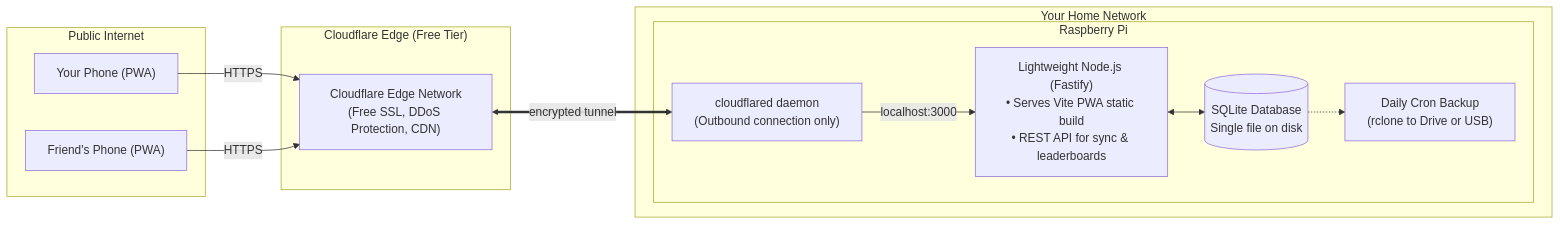
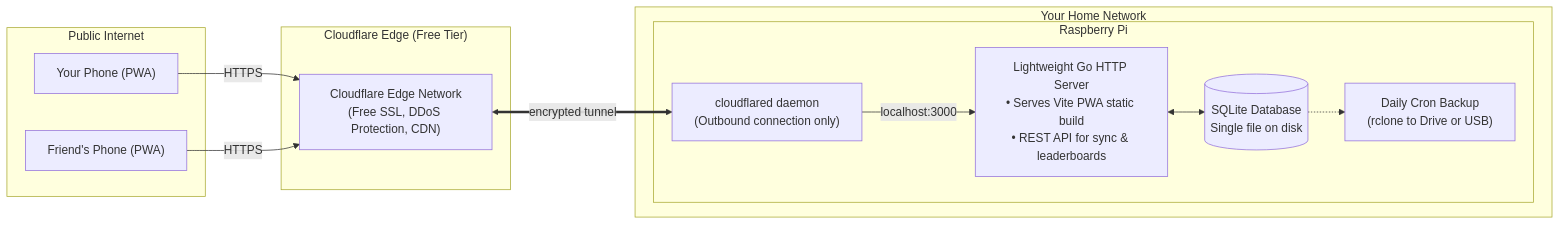
Before and after one commit to yavidor/health-app: the diagram in docs/clankers/raspberry-pi-hosting.md, drawn with Mermaid. The commit also changed other lines of this file and 5 other files, not shown here.

````diff
--- a/docs/clankers/raspberry-pi-hosting.md
+++ b/docs/clankers/raspberry-pi-hosting.md
@@ -9,27 +9,27 @@
 ```mermaid
 flowchart LR
     subgraph Internet ["Public Internet"]
         Phone1["Your Phone (PWA)"]
         Phone2["Friend's Phone (PWA)"]
     end
 
     subgraph Cloudflare ["Cloudflare Edge (Free Tier)"]
         Edge["Cloudflare Edge Network\n(Free SSL, DDoS Protection, CDN)"]
     end
 
     subgraph Home ["Your Home Network"]
         subgraph RPi ["Raspberry Pi"]
             CFD["cloudflared daemon\n(Outbound connection only)"]
-            NodeApp["Lightweight Node.js (Fastify)\n• Serves Vite PWA static build\n• REST API for sync & leaderboards"]
+            GoApp["Lightweight Go HTTP Server\n• Serves Vite PWA static build\n• REST API for sync & leaderboards"]
             DB[(SQLite Database\nSingle file on disk)]
             Backup["Daily Cron Backup\n(rclone to Drive or USB)"]
         end
     end
 
     Phone1 -->|HTTPS| Edge
     Phone2 -->|HTTPS| Edge
     Edge <== encrypted tunnel ==> CFD
-    CFD -->|localhost:3000| NodeApp
-    NodeApp <--> DB
+    CFD -->|localhost:3000| GoApp
+    GoApp <--> DB
     DB -.-> Backup
 ```
````
